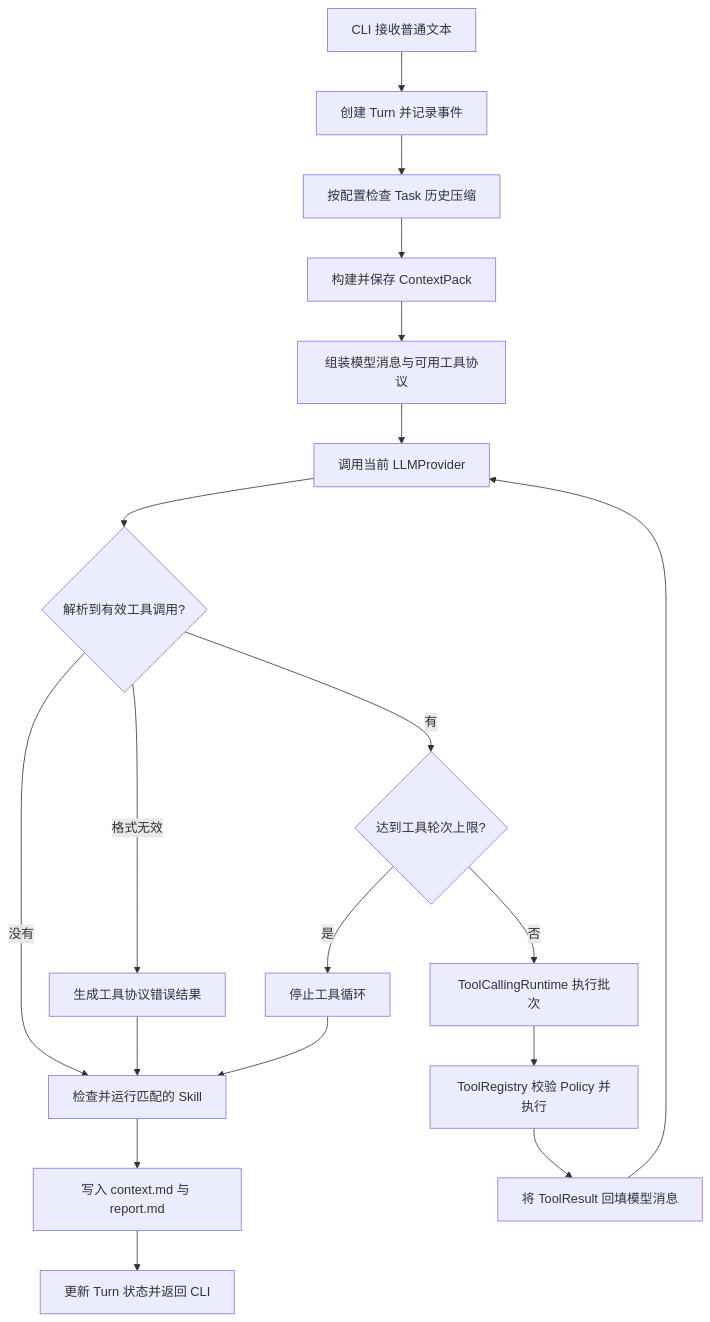
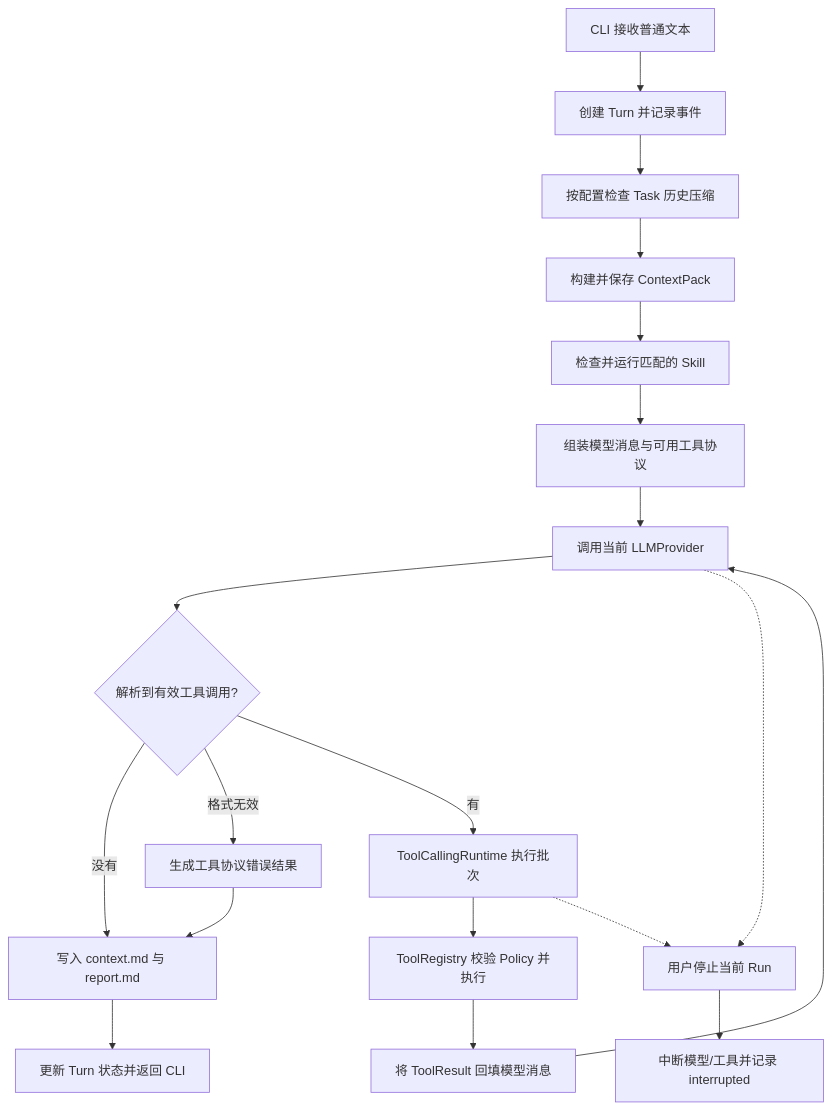
Before and after one commit to hfqf/figo-agent: the second of 3 diagrams in readme.md, drawn with Mermaid. The commit also changed other lines of this file and 65 other files, not shown here.

````diff
--- a/readme.md
+++ b/readme.md
@@ -127,21 +127,21 @@
 ```mermaid
 flowchart TD
   Input["CLI 接收普通文本"] --> Turn["创建 Turn 并记录事件"]
   Turn --> Compact["按配置检查 Task 历史压缩"]
   Compact --> Context["构建并保存 ContextPack"]
-  Context --> Messages["组装模型消息与可用工具协议"]
+  Context --> Skill["检查并运行匹配的 Skill"]
+  Skill --> Messages["组装模型消息与可用工具协议"]
   Messages --> Call["调用当前 LLMProvider"]
   Call --> Parse{"解析到有效工具调用?"}
-  Parse -->|没有| Skill["检查并运行匹配的 Skill"]
+  Parse -->|没有| Report["写入 context.md 与 report.md"]
   Parse -->|格式无效| Error["生成工具协议错误结果"]
-  Parse -->|有| Limit{"达到工具轮次上限?"}
-  Limit -->|是| Limited["停止工具循环"]
-  Limit -->|否| Execute["ToolCallingRuntime 执行批次"]
+  Parse -->|有| Execute["ToolCallingRuntime 执行批次"]
   Execute --> Policy["ToolRegistry 校验 Policy 并执行"]
   Policy --> Result["将 ToolResult 回填模型消息"]
   Result --> Call
-  Error --> Skill
-  Limited --> Skill
-  Skill --> Report["写入 context.md 与 report.md"]
+  Error --> Report
+  Stop["用户停止当前 Run"] --> Interrupted["中断模型/工具并记录 interrupted"]
+  Call -.-> Stop
+  Execute -.-> Stop
   Report --> Done["更新 Turn 状态并返回 CLI"]
 ```
````
